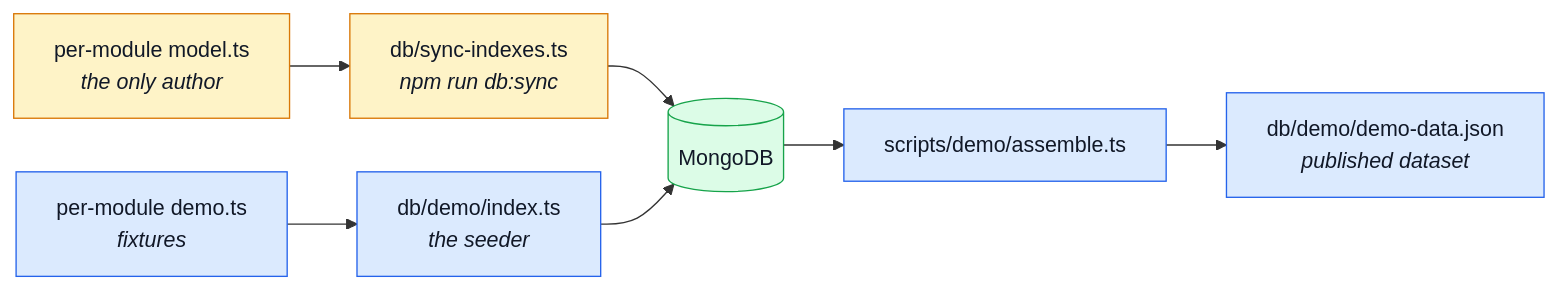
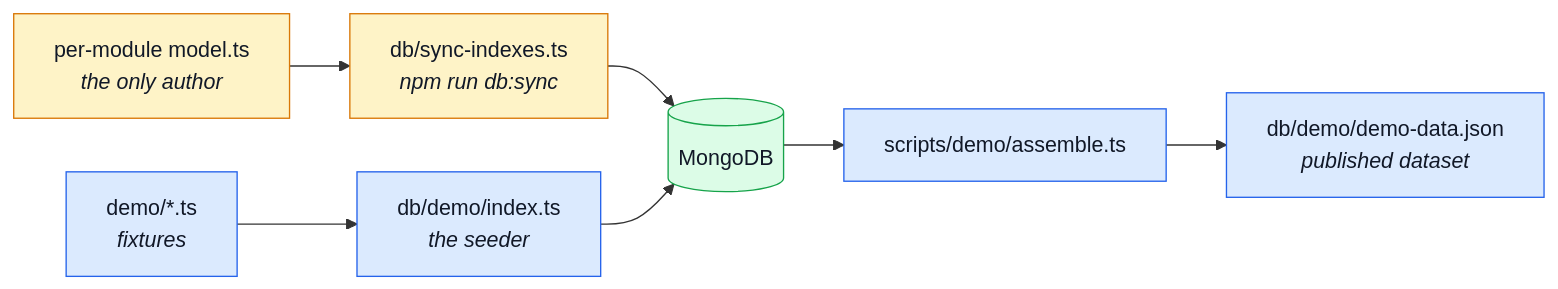
One commit to Guebbit/boilerplate-node-backend changed the first of 2 diagrams in docs/reference/data.md. Above: the diagram before and after it, drawn with Mermaid. The commit also changed other lines of this file and 163 other files, not shown here.

````diff
--- a/docs/reference/data.md
+++ b/docs/reference/data.md
@@ -17,17 +18,17 @@
 ```mermaid
 %%{init: {'flowchart': {'nodeSpacing': 40, 'rankSpacing': 45}}}%%
 flowchart LR
     Models["per-module model.ts<br/><i>the only author</i>"] --> Sync["db/sync-indexes.ts<br/><i>npm run db:sync</i>"]
     Sync --> Mongo[("MongoDB")]
-    Seeds["per-module demo.ts<br/><i>fixtures</i>"] --> Index["db/demo/index.ts<br/><i>the seeder</i>"]
+    Seeds["demo/*.ts<br/><i>fixtures</i>"] --> Index["db/demo/index.ts<br/><i>the seeder</i>"]
     Index --> Mongo
     Mongo --> Assemble["scripts/demo/assemble.ts"]
     Assemble --> Data["db/demo/demo-data.json<br/><i>published dataset</i>"]
 
     classDef schema fill:#fef3c7,stroke:#d97706,color:#111827;
     classDef data fill:#dbeafe,stroke:#2563eb,color:#111827;
     classDef store fill:#dcfce7,stroke:#16a34a,color:#111827;
     class Models,Sync schema;
     class Seeds,Index,Assemble,Data data;
     class Mongo store;
 ```
````
